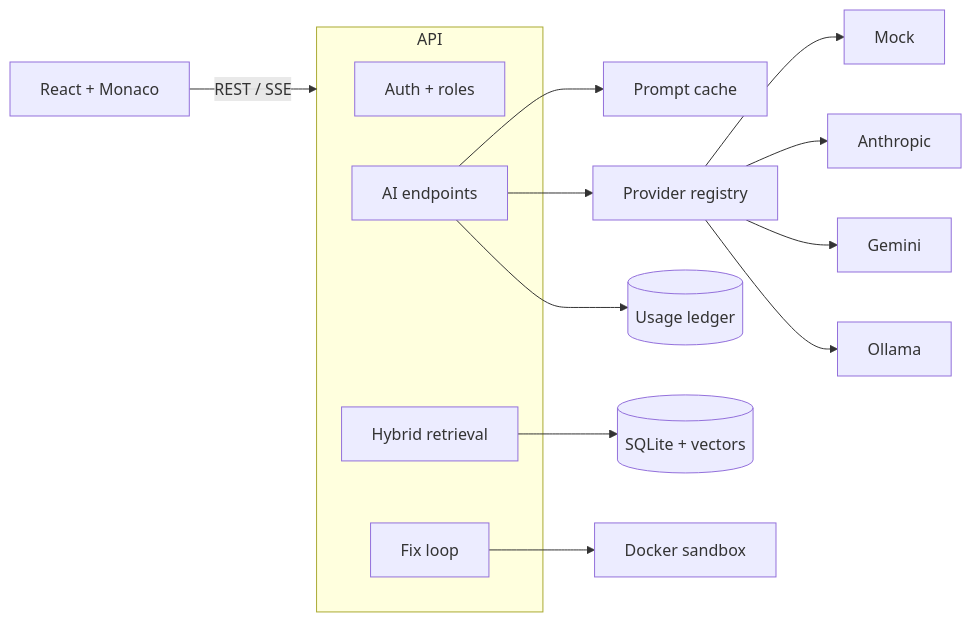
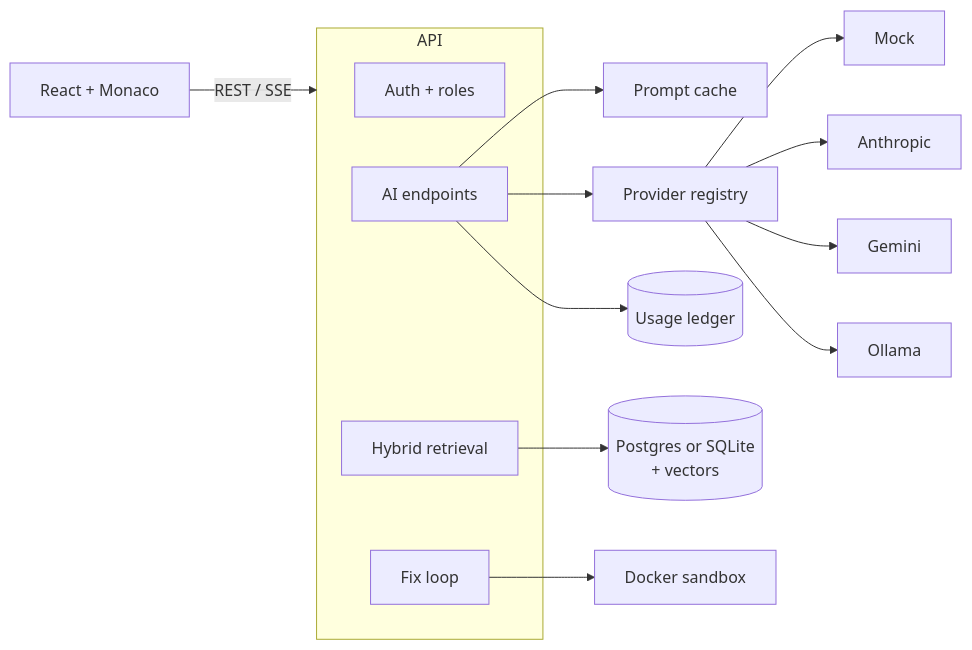
One commit to Madhuuu7/Distributed-Cloud-IDE changed the diagram in README.md. Above: the diagram before and after it, drawn with Mermaid. The commit also changed other lines of this file and 15 other files, not shown here.

````diff
--- a/README.md
+++ b/README.md
@@ -70,22 +70,22 @@
 ```mermaid
 flowchart LR
     UI[React + Monaco] -->|REST / SSE| API[FastAPI]
 
     subgraph API
         AUTH[Auth + roles]
         AI[AI endpoints]
         RAG[Hybrid retrieval]
         FIX[Fix loop]
     end
 
     AI --> CACHE[Prompt cache]
     AI --> REG[Provider registry]
     REG --> MOCK[Mock]
     REG --> CLAUDE[Anthropic]
     REG --> GEM[Gemini]
     REG --> OLL[Ollama]
 
-    RAG --> DB[(SQLite + vectors)]
+    RAG --> DB[(Postgres or SQLite<br/>+ vectors)]
     FIX --> SANDBOX[Docker sandbox]
     AI --> LEDGER[(Usage ledger)]
 ```
````
